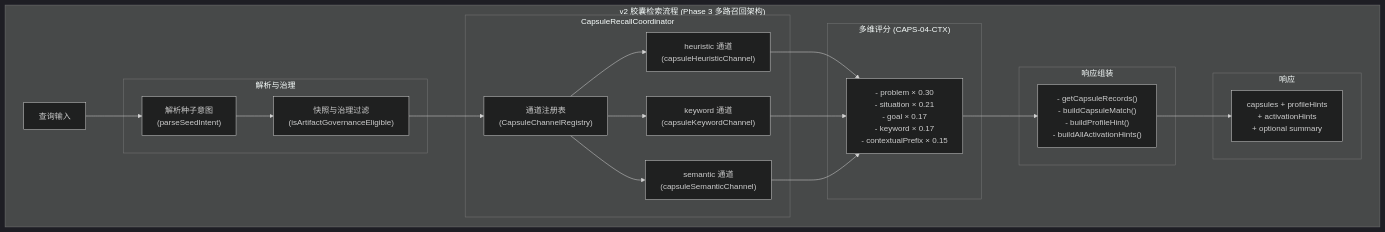
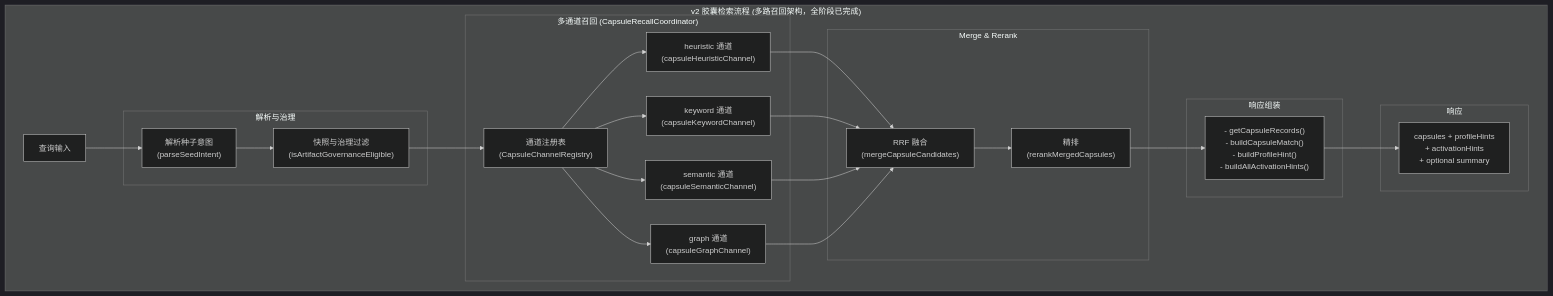
The seventh of 8 diagrams in docs/architecture/components/RETRIEVAL.md (pofossette/TrapMap-for-vibing), drawn with Mermaid (dark theme) before and after one commit. The commit also changed other lines of this file and 12 other files, not shown here.

First line of the commit message:
fix: PG recall wiring, rerank governance, and registry default channel

````diff
--- a/docs/architecture/components/RETRIEVAL.md
+++ b/docs/architecture/components/RETRIEVAL.md
@@ -260,32 +260,34 @@
 ```mermaid
 flowchart TB
-    subgraph 胶囊检索["v2 胶囊检索流程 (Phase 3 多路召回架构)"]
+    subgraph 胶囊检索["v2 胶囊检索流程 (多路召回架构，全阶段已完成)"]
         A["查询输入"]
         
         subgraph 解析["解析与治理"]
             B1["解析种子意图<br/>(parseSeedIntent)"]
             B2["快照与治理过滤<br/>(isArtifactGovernanceEligible)"]
         end
 
-        subgraph 召回["CapsuleRecallCoordinator"]
-            C1["通道注册表<br/>(CapsuleChannelRegistry)"]
-            C2["heuristic 通道<br/>(capsuleHeuristicChannel)"]
-            C3["keyword 通道<br/>(capsuleKeywordChannel)"]
-            C4["semantic 通道<br/>(capsuleSemanticChannel)"]
+        subgraph 多通道召回["多通道召回 (CapsuleRecallCoordinator)"]
+            C0["通道注册表<br/>(CapsuleChannelRegistry)"]
+            C1["heuristic 通道<br/>(capsuleHeuristicChannel)"]
+            C2["keyword 通道<br/>(capsuleKeywordChannel)"]
+            C3["semantic 通道<br/>(capsuleSemanticChannel)"]
+            C4["graph 通道<br/>(capsuleGraphChannel)"]
         end
 
-        subgraph 评分["多维评分 (CAPS-04-CTX)"]
-            D["- problem × 0.30<br/>- situation × 0.21<br/>- goal × 0.17<br/>- keyword × 0.17<br/>- contextualPrefix × 0.15"]
+        subgraph 融合["Merge & Rerank"]
+            D1["RRF 融合<br/>(mergeCapsuleCandidates)"]
+            D2["精排<br/>(rerankMergedCapsules)"]
         end
 
         subgraph 组装["响应组装"]
             E["- getCapsuleRecords()<br/>- buildCapsuleMatch()<br/>- buildProfileHint()<br/>- buildAllActivationHints()"]
         end
 
         subgraph 响应["响应"]
             F["capsules + profileHints<br/>+ activationHints<br/>+ optional summary"]
         end
 
-        A --> B1 --> B2 --> C1 --> C2 & C3 & C4 --> D --> E --> F
+        A --> B1 --> B2 --> C0 --> C1 & C2 & C3 & C4 --> D1 --> D2 --> E --> F
     end
 ```
````
